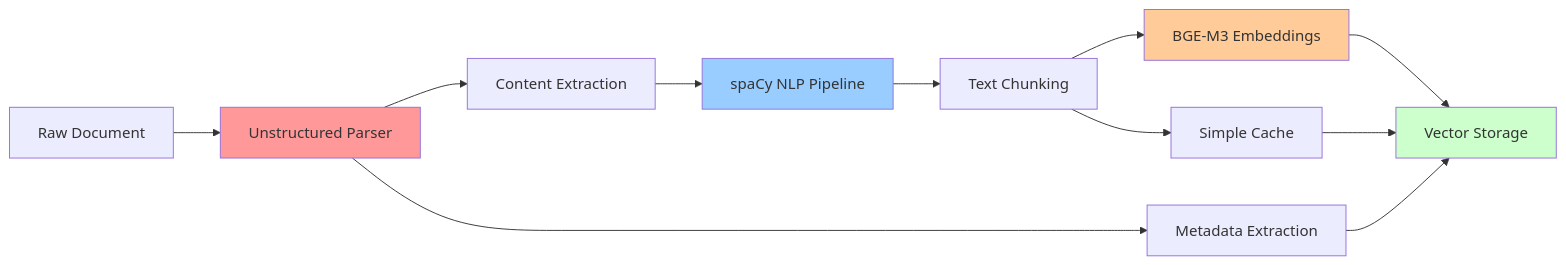
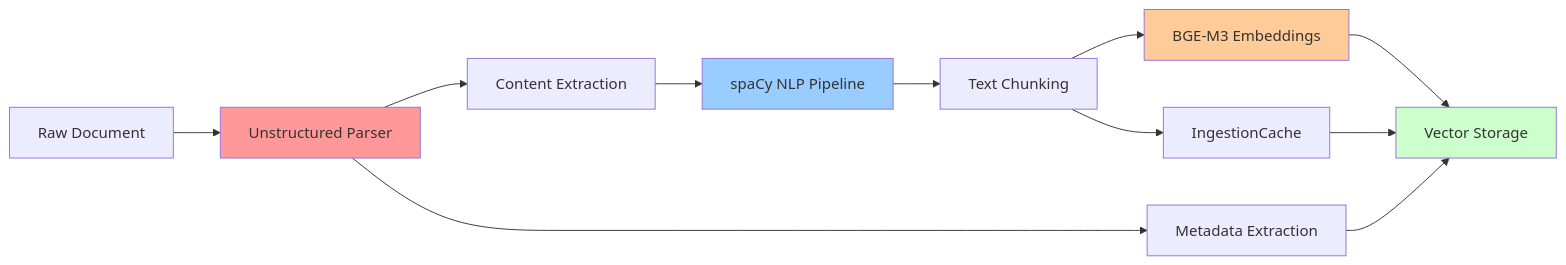
The fourth of 7 diagrams in docs/developers/system-architecture.md (BjornMelin/docmind-ai-llm), drawn with Mermaid before and after one commit. The commit also changed other lines of this file and 12 other files, not shown here.

````diff
--- a/docs/developers/system-architecture.md
+++ b/docs/developers/system-architecture.md
@@ -325,20 +325,20 @@
 ```mermaid
 graph LR
     A[Raw Document] --> B[Unstructured Parser]
     B --> C[Content Extraction]
     C --> D[spaCy NLP Pipeline]
     D --> E[Text Chunking]
     E --> F[BGE-M3 Embeddings]
     F --> G[Vector Storage]
     
     H[Metadata Extraction] --> G
     B --> H
     
-    I[Simple Cache] --> G
+    I[IngestionCache] --> G
     E --> I
     
     style B fill:#ff9999
     style D fill:#99ccff
     style F fill:#ffcc99
     style G fill:#ccffcc
 ```
````
